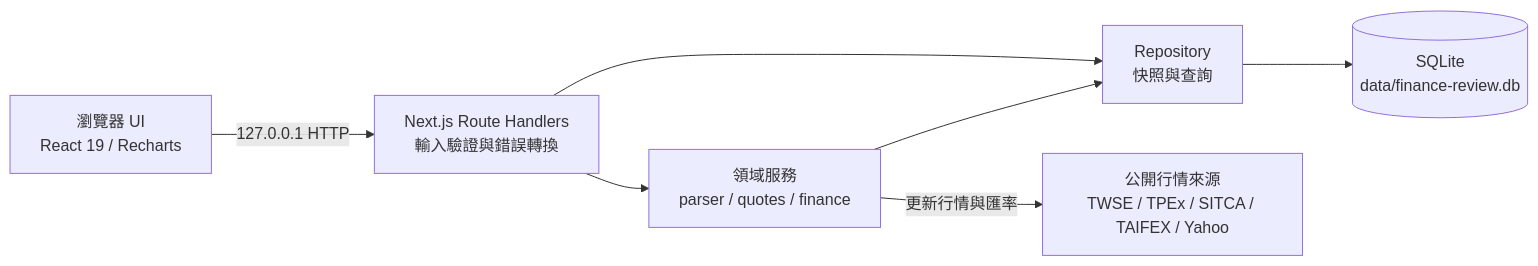
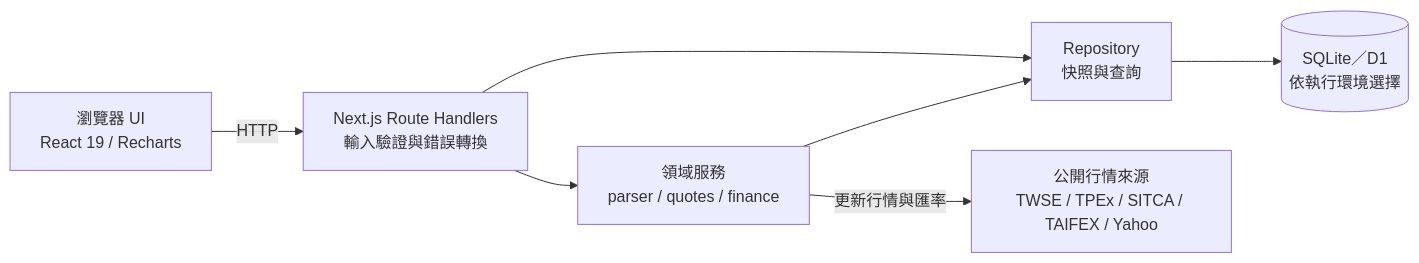
One commit to 1999Leon0618/FinanceReview changed the first of 3 diagrams in README.md. Above: the diagram before and after it, drawn with Mermaid. The commit also changed other lines of this file and 40 other files, not shown here.

````diff
--- a/README.md
+++ b/README.md
@@ -74,16 +76,16 @@
 ```mermaid
 flowchart LR
     UI[瀏覽器 UI<br/>React 19 / Recharts]
     API[Next.js Route Handlers<br/>輸入驗證與錯誤轉換]
     DOMAIN[領域服務<br/>parser / quotes / finance]
     REPO[Repository<br/>快照與查詢]
-    DB[(SQLite<br/>data/finance-review.db)]
+    DB[(SQLite／D1<br/>依執行環境選擇)]
     MARKET[公開行情來源<br/>TWSE / TPEx / SITCA / TAIFEX / Yahoo]
 
-    UI -->|127.0.0.1 HTTP| API
+    UI -->|HTTP| API
     API --> DOMAIN
     API --> REPO
     DOMAIN --> REPO
     REPO --> DB
     DOMAIN -->|更新行情與匯率| MARKET
 ```
````
